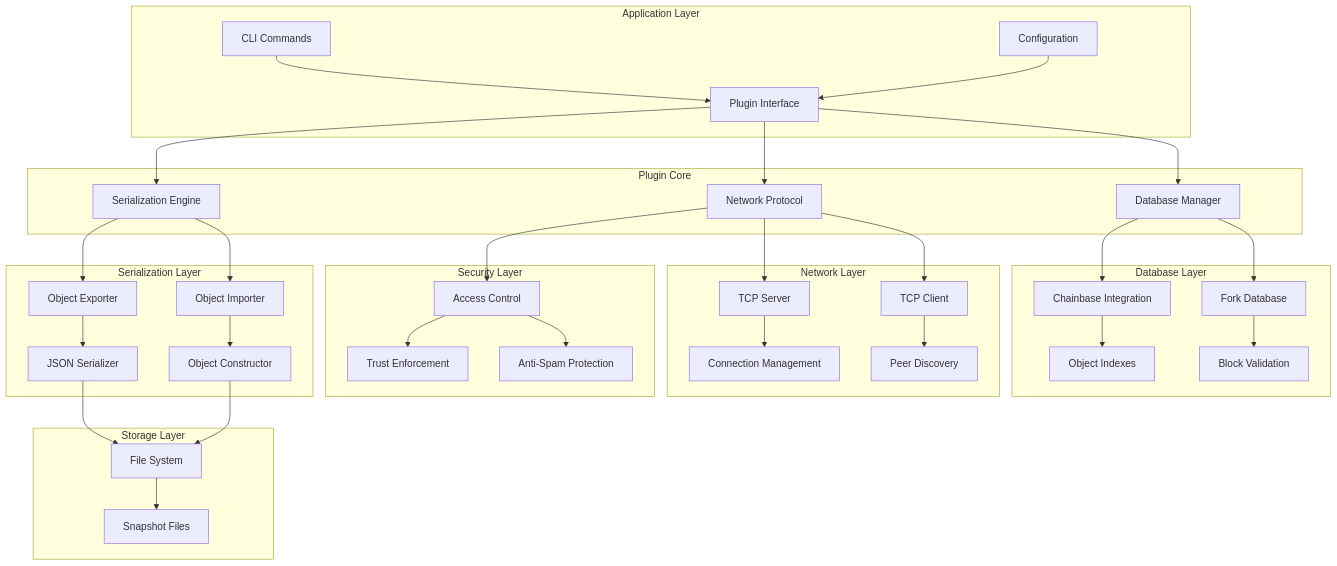
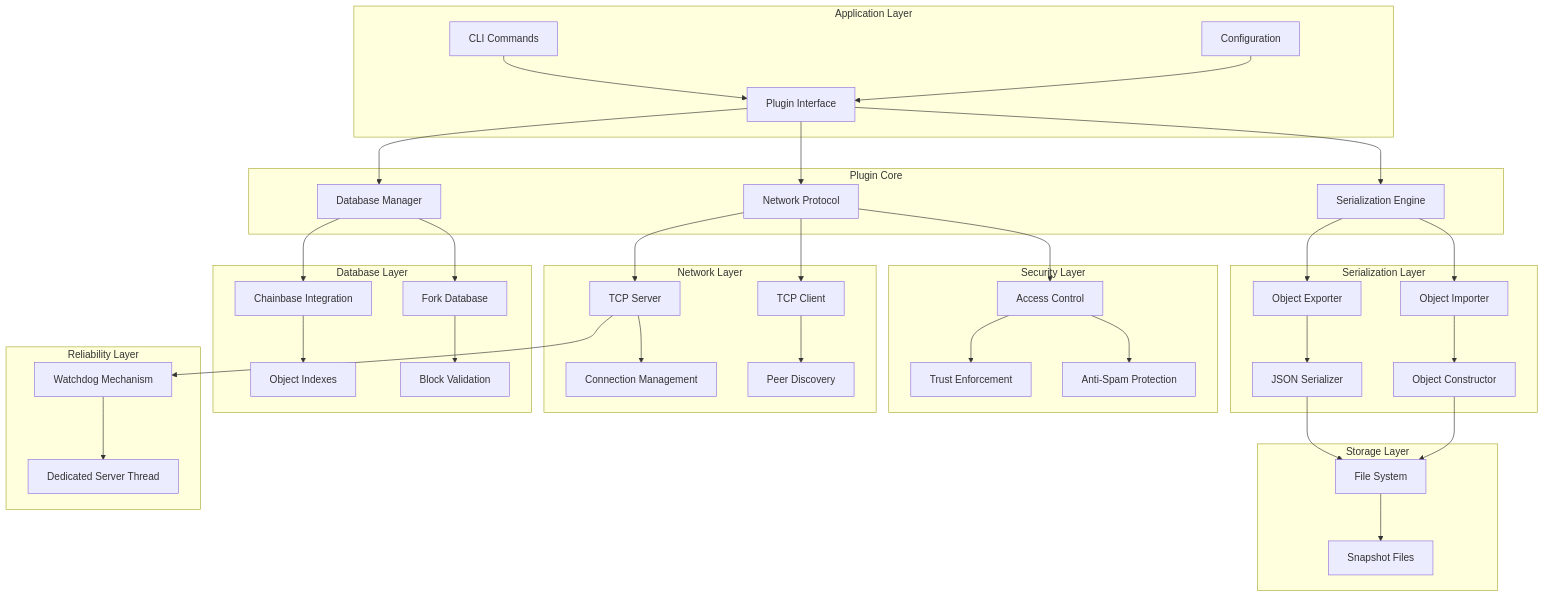
One commit to VIZ-Blockchain/viz-cpp-node changed the second of 11 diagrams in .qoder/repowiki/en/content/Plugin System/Snapshot Plugin System.md. Above: the diagram before and after it, drawn with Mermaid. The commit also changed other lines of this file and 4 other files, not shown here.

````diff
--- a/.qoder/repowiki/en/content/Plugin System/Snapshot Plugin System.md
+++ b/.qoder/repowiki/en/content/Plugin System/Snapshot Plugin System.md
@@ -120,40 +121,44 @@
 ```mermaid
 graph TB
 subgraph "Application Layer"
 A[CLI Commands] --> B[Plugin Interface]
 C[Configuration] --> B
 end
 subgraph "Plugin Core"
 B --> D[Serialization Engine]
 B --> E[Network Protocol]
 B --> F[Database Manager]
 end
 subgraph "Security Layer"
 E --> G[Access Control]
 G --> H[Trust Enforcement]
 G --> I[Anti-Spam Protection]
 end
 subgraph "Serialization Layer"
 D --> J[Object Exporter]
 D --> K[Object Importer]
 J --> L[JSON Serializer]
 K --> M[Object Constructor]
 end
 subgraph "Network Layer"
 E --> N[TCP Server]
 E --> O[TCP Client]
 N --> P[Connection Management]
 O --> Q[Peer Discovery]
 end
 subgraph "Database Layer"
 F --> R[Chainbase Integration]
 F --> S[Fork Database]
 R --> T[Object Indexes]
 S --> U[Block Validation]
 end
 subgraph "Storage Layer"
 L --> V[File System]
 M --> V
 V --> W[Snapshot Files]
 end
+subgraph "Reliability Layer"
+N --> X[Watchdog Mechanism]
+X --> Y[Dedicated Server Thread]
+end
 ```
````
